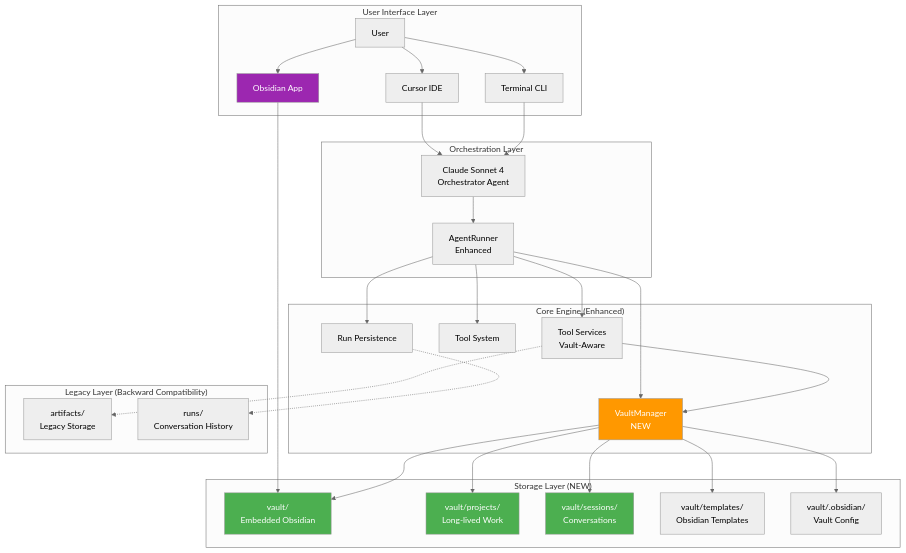
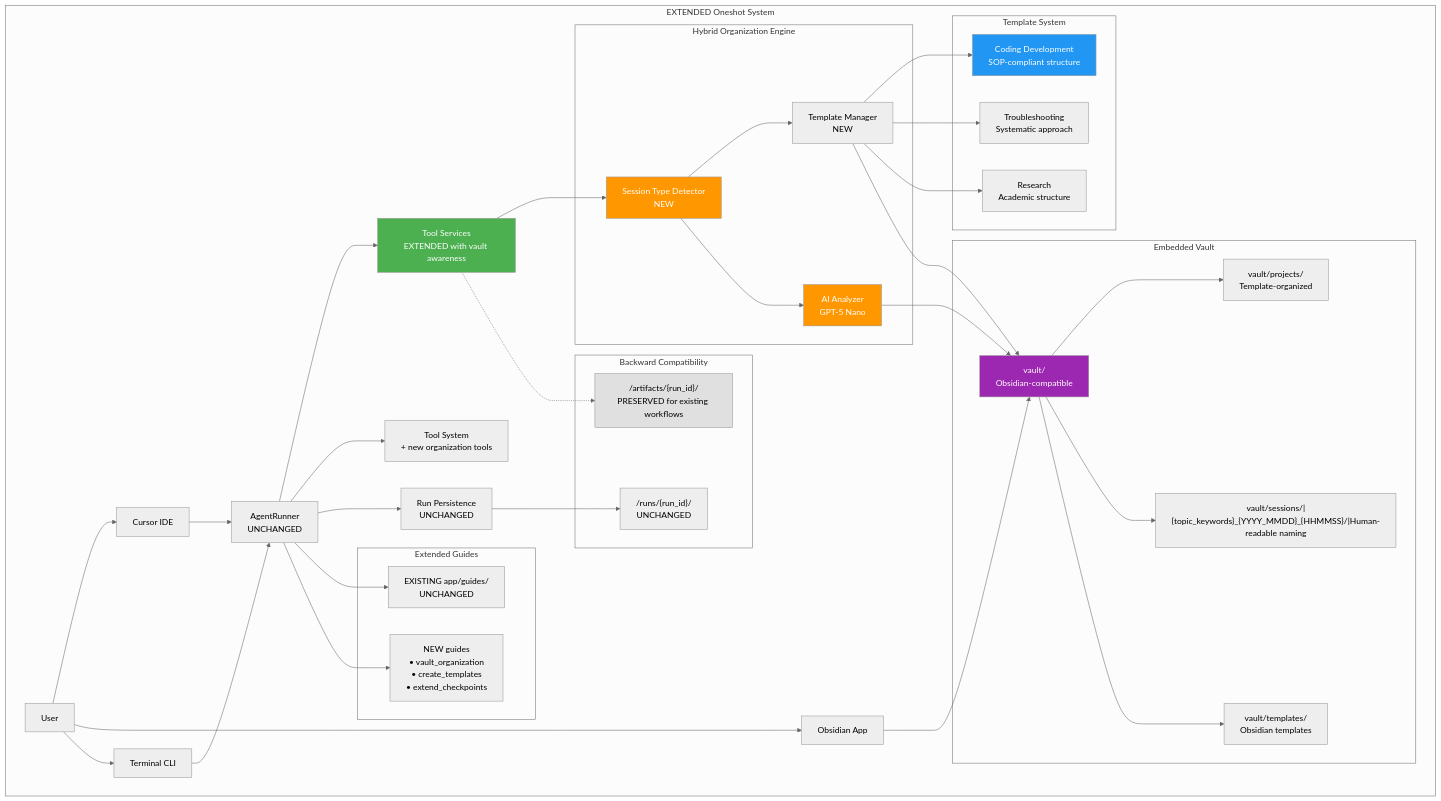
The second of 7 diagrams in tasks/2025-08-25_GlobalDocs_System_Analysis/MASTER_Architecture_UMLs_GlobalDocs_System_Analysis.md (zenprotheos/agentoptimizer), drawn with Mermaid (neutral theme) before and after one commit. The commit also changed other lines of this file and 38 other files, not shown here.

First line of the commit message:
[UPDATE] Enhance Coding Tasks and Documentation for Hybrid System Implementation

````diff
--- a/tasks/2025-08-25_GlobalDocs_System_Analysis/MASTER_Architecture_UMLs_GlobalDocs_System_Analysis.md
+++ b/tasks/2025-08-25_GlobalDocs_System_Analysis/MASTER_Architecture_UMLs_GlobalDocs_System_Analysis.md
@@ -18,64 +69,72 @@
 ```mermaid
 graph TB
-    subgraph "User Interface Layer"
-        USER[User]
-        CURSOR[Cursor IDE]
-        OBSIDIAN[Obsidian App]
-        CLI[Terminal CLI]
+    subgraph "EXTENDED Oneshot System"
+        USER[User] --> CURSOR[Cursor IDE]
+        USER --> OBSIDIAN[Obsidian App]
+        USER --> CLI[Terminal CLI]
+        
+        CURSOR --> AR[AgentRunner<br/>UNCHANGED]
+        CLI --> AR
+        OBSIDIAN --> VAULT
+        
+        AR --> ENHANCED_TSV[Tool Services<br/>EXTENDED with vault awareness]
+        AR --> TS[Tool System<br/>+ new organization tools]
+        AR --> RP[Run Persistence<br/>UNCHANGED]
+        
+        subgraph "Hybrid Organization Engine"
+            TYPE_DETECTOR[Session Type Detector<br/>NEW]
+            TEMPLATE_MGR[Template Manager<br/>NEW]
+            AI_ANALYZER[AI Analyzer<br/>GPT-5 Nano]
+        end
+        
+        ENHANCED_TSV --> TYPE_DETECTOR
+        TYPE_DETECTOR --> TEMPLATE_MGR
+        TYPE_DETECTOR --> AI_ANALYZER
+        
+        subgraph "Template System"
+            CODING_TEMPLATE[Coding Development<br/>SOP-compliant structure]
+            TROUBLESHOOT_TEMPLATE[Troubleshooting<br/>Systematic approach]
+            RESEARCH_TEMPLATE[Research<br/>Academic structure]
+        end
+        
+        TEMPLATE_MGR --> CODING_TEMPLATE
+        TEMPLATE_MGR --> TROUBLESHOOT_TEMPLATE
+        TEMPLATE_MGR --> RESEARCH_TEMPLATE
+        
+        subgraph "Embedded Vault"
+            VAULT["vault/<br/>Obsidian-compatible"]
+            PROJECTS["vault/projects/<br/>Template-organized"]
+            SESSIONS["vault/sessions/|{topic_keywords}_{YYYY_MMDD}_{HHMMSS}/|Human-readable naming"]
+            VAULT_TEMPLATES["vault/templates/<br/>Obsidian templates"]
+        end
+        
+        TEMPLATE_MGR --> VAULT
+        AI_ANALYZER --> VAULT
+        VAULT --> PROJECTS
+        VAULT --> SESSIONS
+        VAULT --> VAULT_TEMPLATES
+        
+        subgraph "Extended Guides"
+            EXISTING_GUIDES["EXISTING app/guides/<br/>UNCHANGED"]
+            NEW_GUIDES["NEW guides<br/>• vault_organization<br/>• create_templates<br/>• extend_checkpoints"]
+        end
+        
+        AR --> EXISTING_GUIDES
+        AR --> NEW_GUIDES
+        
+        subgraph "Backward Compatibility"
+            LEGACY_ARTIFACTS["/artifacts/{run_id}/<br/>PRESERVED for existing workflows"]
+            LEGACY_RUNS["/runs/{run_id}/<br/>UNCHANGED"]
+        end
+        
+        ENHANCED_TSV -.-> LEGACY_ARTIFACTS
+        RP --> LEGACY_RUNS
     end
     
-    subgraph "Orchestration Layer"
-        CLAUDE[Claude Sonnet 4<br/>Orchestrator Agent]
-        AR[AgentRunner<br/>Enhanced]
-    end
-    
-    subgraph "Core Engine (Enhanced)"
-        VM[VaultManager<br/>NEW]
-        TSV[Tool Services<br/>Vault-Aware]
-        TS[Tool System]
-        RP[Run Persistence]
-    end
-    
-    subgraph "Storage Layer (NEW)"
-        VAULT["vault/<br/>Embedded Obsidian"]
-        PROJECTS["vault/projects/<br/>Long-lived Work"]
-        SESSIONS["vault/sessions/<br/>Conversations"]
-        TEMPLATES["vault/templates/<br/>Obsidian Templates"]
-        CONFIG["vault/.obsidian/<br/>Vault Config"]
-    end
-    
-    subgraph "Legacy Layer (Backward Compatibility)"
-        LEGACY_ARTS["artifacts/<br/>Legacy Storage"]
-        LEGACY_RUNS["runs/<br/>Conversation History"]
-    end
-    
-    USER --> CURSOR
-    USER --> OBSIDIAN
-    USER --> CLI
-    
-    CURSOR --> CLAUDE
-    CLI --> CLAUDE
-    OBSIDIAN --> VAULT
-    
-    CLAUDE --> AR
-    AR --> VM
-    AR --> TSV
-    AR --> TS
-    AR --> RP
-    
-    VM --> VAULT
-    VM --> PROJECTS
-    VM --> SESSIONS
-    VM --> TEMPLATES
-    VM --> CONFIG
-    
-    TSV --> VM
-    TSV -.-> LEGACY_ARTS
-    RP -.-> LEGACY_RUNS
-    
-    style VAULT fill:#4caf50,color:#fff
-    style PROJECTS fill:#4caf50,color:#fff
-    style SESSIONS fill:#4caf50,color:#fff
-    style VM fill:#ff9800,color:#fff
-    style OBSIDIAN fill:#9c27b0,color:#fff
+    style ENHANCED_TSV fill:#4caf50,color:#fff
+    style TYPE_DETECTOR fill:#ff9800,color:#fff
+    style AI_ANALYZER fill:#ff9800,color:#fff
+    style VAULT fill:#9c27b0,color:#fff
+    style CODING_TEMPLATE fill:#2196f3,color:#fff
+    style LEGACY_ARTIFACTS fill:#e0e0e0
 ```
````
